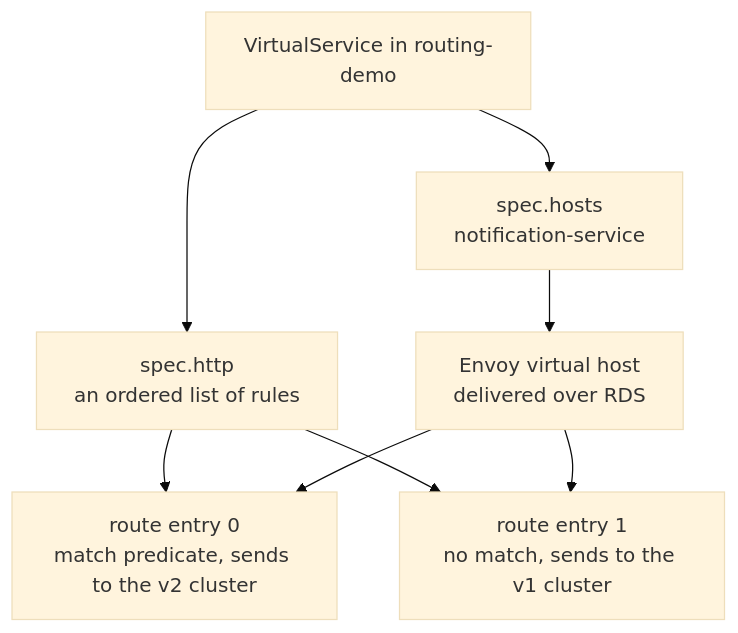
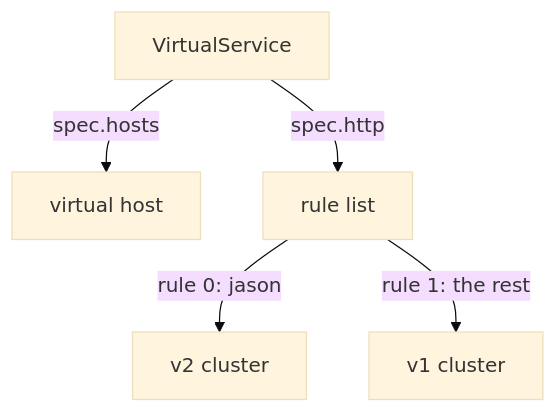
The first of 2 diagrams in sections/section-010/module-01/course-02-matching-a-request.md (astrona-io/ATS014), drawn with Mermaid (base theme) before and after one commit. The commit also changed other lines of this file and 444 other files, not shown here.

````diff
--- a/sections/section-010/module-01/course-02-matching-a-request.md
+++ b/sections/section-010/module-01/course-02-matching-a-request.md
@@ -70,10 +100,7 @@
 ```mermaid
-flowchart TD
-    V["VirtualService in routing-demo"] --> H["spec.hosts<br/>notification-service"]
-    V --> L["spec.http<br/>an ordered list of rules"]
-    H --> VH["Envoy virtual host<br/>delivered over RDS"]
-    L --> R0["route entry 0<br/>match predicate, sends to the v2 cluster"]
-    L --> R1["route entry 1<br/>no match, sends to the v1 cluster"]
-    VH --> R0
-    VH --> R1
+flowchart TB
+    V["VirtualService"] -->|"spec.hosts"| VH["virtual host"]
+    V -->|"spec.http"| L["rule list"]
+    L -->|"rule 0: jason"| R0["v2 cluster"]
+    L -->|"rule 1: the rest"| R1["v1 cluster"]
 ```
````
